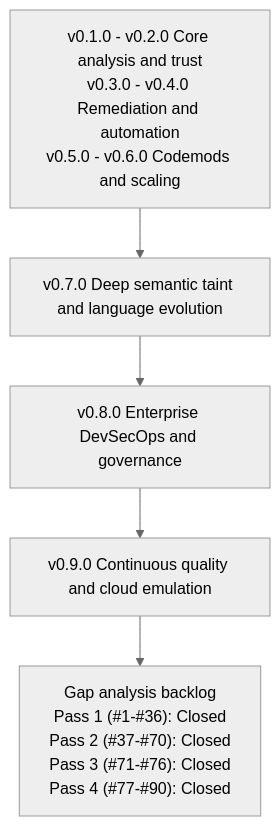
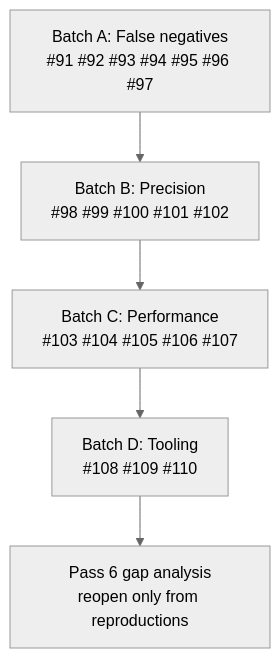
One commit to 23skdu/terraform_ast changed the diagram in docs/ROADMAP.md. Above: the diagram before and after it, drawn with Mermaid (neutral theme). The commit also changed other lines of this file, not shown here.

Commit message:
docs(roadmap): rewrite pass 5 with items #91-#110 and expanded breaking taxonomy

````diff
--- a/docs/ROADMAP.md
+++ b/docs/ROADMAP.md
@@ -9,7 +611,7 @@
 ```mermaid
 flowchart TD
-    A["v0.1.0 - v0.2.0 Core analysis and trust<br/>v0.3.0 - v0.4.0 Remediation and automation<br/>v0.5.0 - v0.6.0 Codemods and scaling"] --> B["v0.7.0 Deep semantic taint and language evolution"]
-    B --> C["v0.8.0 Enterprise DevSecOps and governance"]
-    C --> D["v0.9.0 Continuous quality and cloud emulation"]
-    D --> E["Gap analysis backlog<br/>Pass 1 (#1-#36): Closed<br/>Pass 2 (#37-#70): Closed<br/>Pass 3 (#71-#76): Closed<br/>Pass 4 (#77-#90): Closed"]
+    A["Batch A: False negatives<br/>#91 #92 #93 #94 #95 #96 #97"] --> B["Batch B: Precision<br/>#98 #99 #100 #101 #102"]
+    B --> C["Batch C: Performance<br/>#103 #104 #105 #106 #107"]
+    C --> D["Batch D: Tooling<br/>#108 #109 #110"]
+    D --> E["Pass 6 gap analysis<br/>reopen only from reproductions"]
 ```
````
